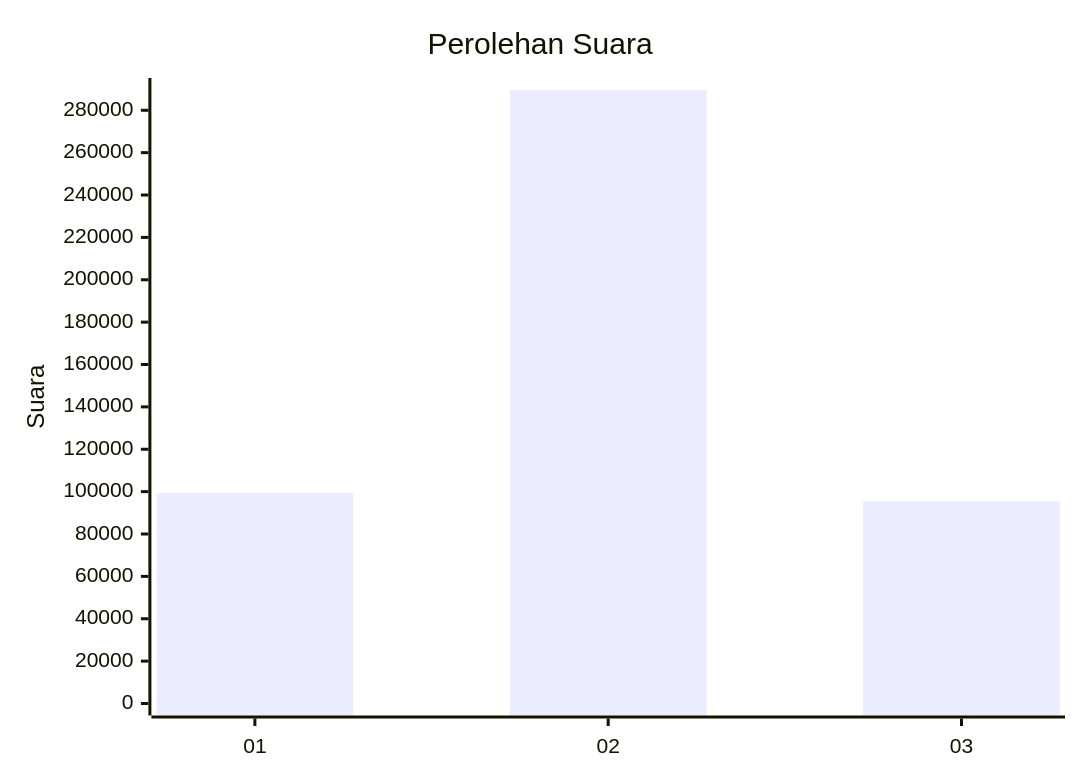
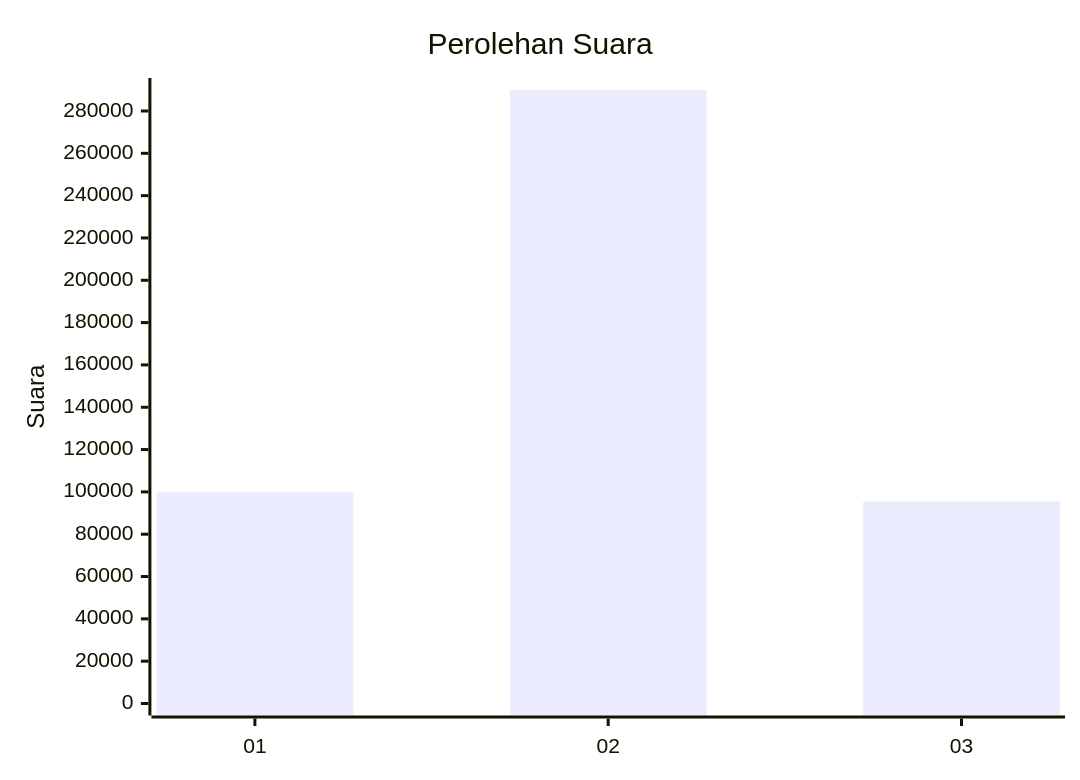
Before and after one commit to gigit-pemilu/pemilu-2024: the first of 2 diagrams in pilpres/hitung-suara/sub/table-wilayah-99.md, drawn with Mermaid. The commit also changed other lines of this file and 10 other files, not shown here.

````diff
--- a/pilpres/hitung-suara/sub/table-wilayah-99.md
+++ b/pilpres/hitung-suara/sub/table-wilayah-99.md
@@ -7,7 +7,7 @@
 ```mermaid
 xychart-beta
     title "Perolehan Suara"
     x-axis [01, 02, 03]
-    y-axis "Suara" 0 --> 289571
-    bar [99495, 289571, 95446]
+    y-axis "Suara" 0 --> 289922
+    bar [99774, 289922, 95496]
 ```
````
